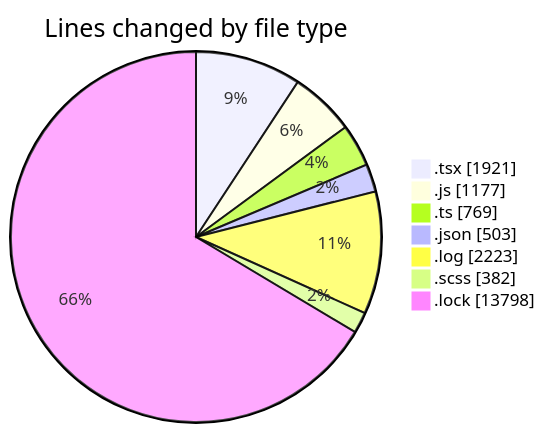
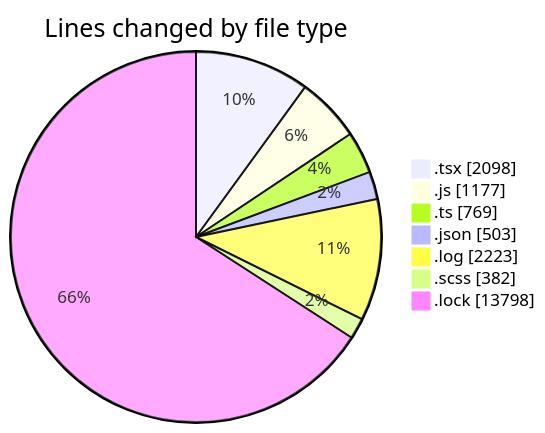
The first of 2 diagrams in 2026-04-17/cda/README.md (momahboobian/code-tracking), drawn with Mermaid before and after one commit. The commit also changed other lines of this file and 1 other file, not shown here.

````diff
--- a/2026-04-17/cda/README.md
+++ b/2026-04-17/cda/README.md
@@ -47,11 +47,11 @@
 ```mermaid
 pie showData
 title Lines changed by file type
-".tsx" : 1921
+".tsx" : 2098
 ".js" : 1177
 ".ts" : 769
 ".json" : 503
 ".log" : 2223
 ".scss" : 382
 ".lock" : 13798
 ```
````
